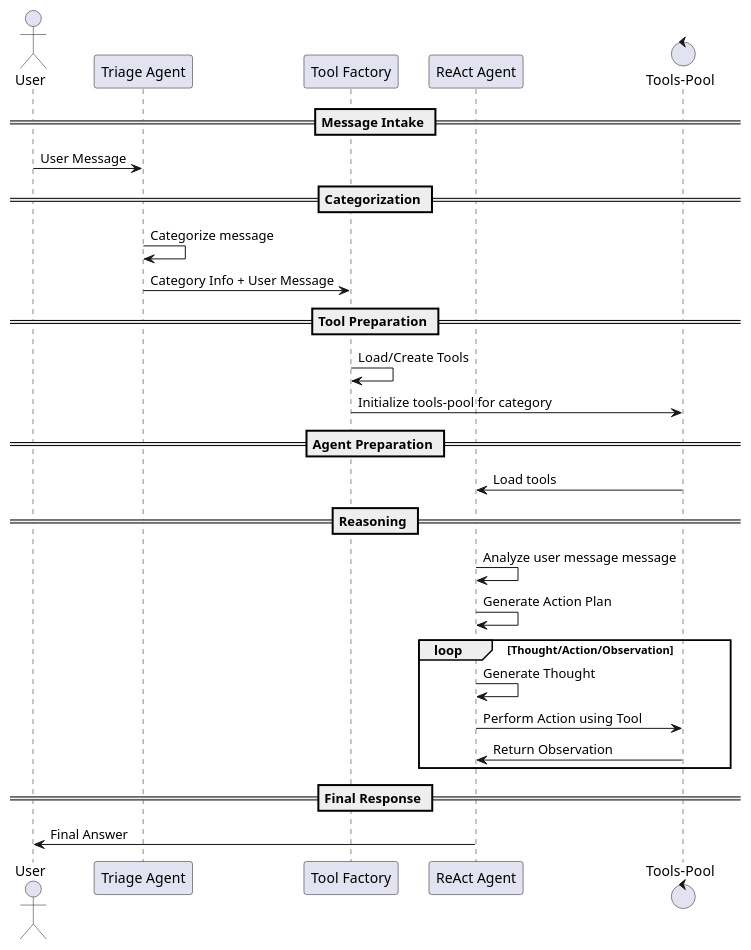
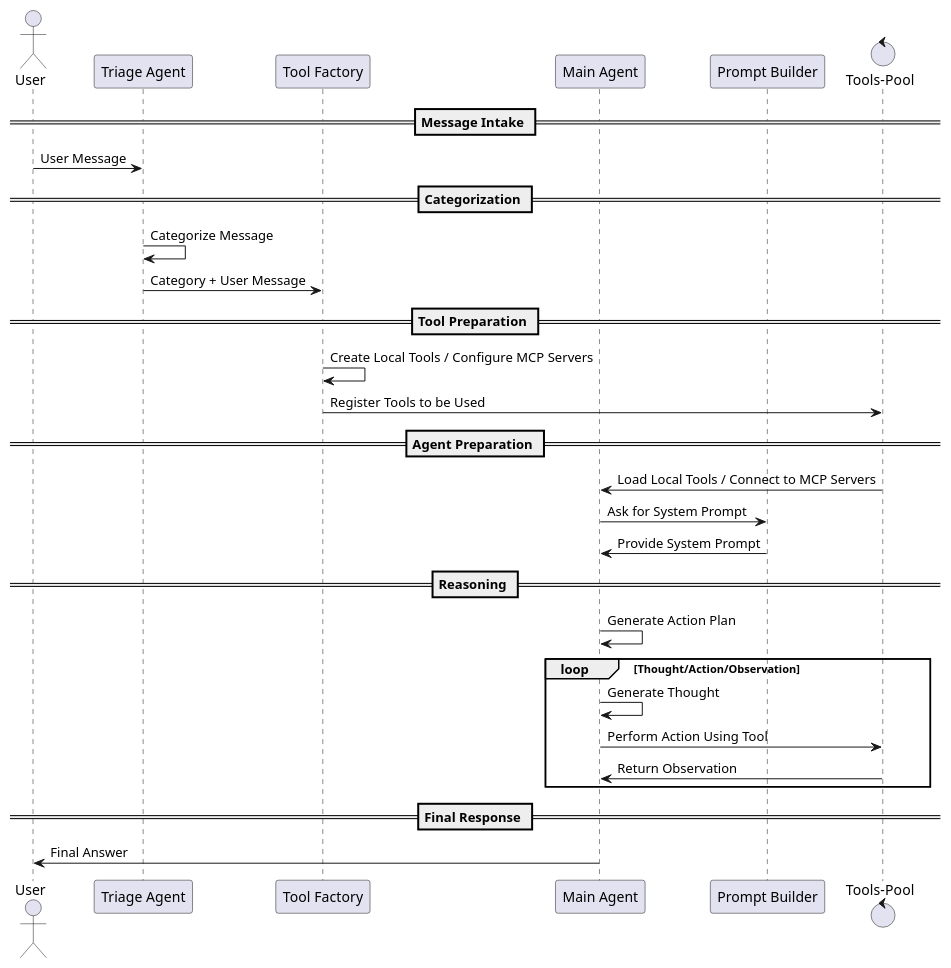
The diagram in docs/architecture/sequence_diagram.puml (mrrestre/react_agent_in_edp), drawn with PlantUML before and after one commit. The commit also changed 8 other files, not shown here.

```diff
--- a/docs/architecture/sequence_diagram.puml
+++ b/docs/architecture/sequence_diagram.puml
@@ -1,37 +1,39 @@
 @startuml AgenticPipeline
 
 actor User
 
 participant "Triage Agent" as Triage
 participant "Tool Factory" as Factory
-participant "ReAct Agent" as ReAct
+participant "Main Agent" as ReAct
+participant "Prompt Builder" as Builder
 control "Tools-Pool" as Tools
 
 == Message Intake ==
 User -> Triage: User Message
 
 == Categorization ==
-Triage -> Triage: Categorize message
-Triage -> Factory: Category Info + User Message
+Triage -> Triage: Categorize Message
+Triage -> Factory: Category + User Message
 
 == Tool Preparation ==
-Factory -> Factory: Load/Create Tools
-Factory -> Tools: Initialize tools-pool for category
+Factory -> Factory: Create Local Tools / Configure MCP Servers
+Factory -> Tools: Register Tools to be Used
 
 == Agent Preparation ==
-Tools -> ReAct: Load tools
+Tools -> ReAct: Load Local Tools / Connect to MCP Servers
+ReAct -> Builder: Ask for System Prompt
+Builder -> ReAct: Provide System Prompt
 
 == Reasoning ==
-ReAct -> ReAct: Analyze user message message
 ReAct -> ReAct: Generate Action Plan
 
 loop Thought/Action/Observation
     ReAct -> ReAct: Generate Thought
-    ReAct -> Tools: Perform Action using Tool
+    ReAct -> Tools: Perform Action Using Tool
     Tools -> ReAct: Return Observation
 end
 
 == Final Response ==
 ReAct -> User: Final Answer
 
 @enduml
```
